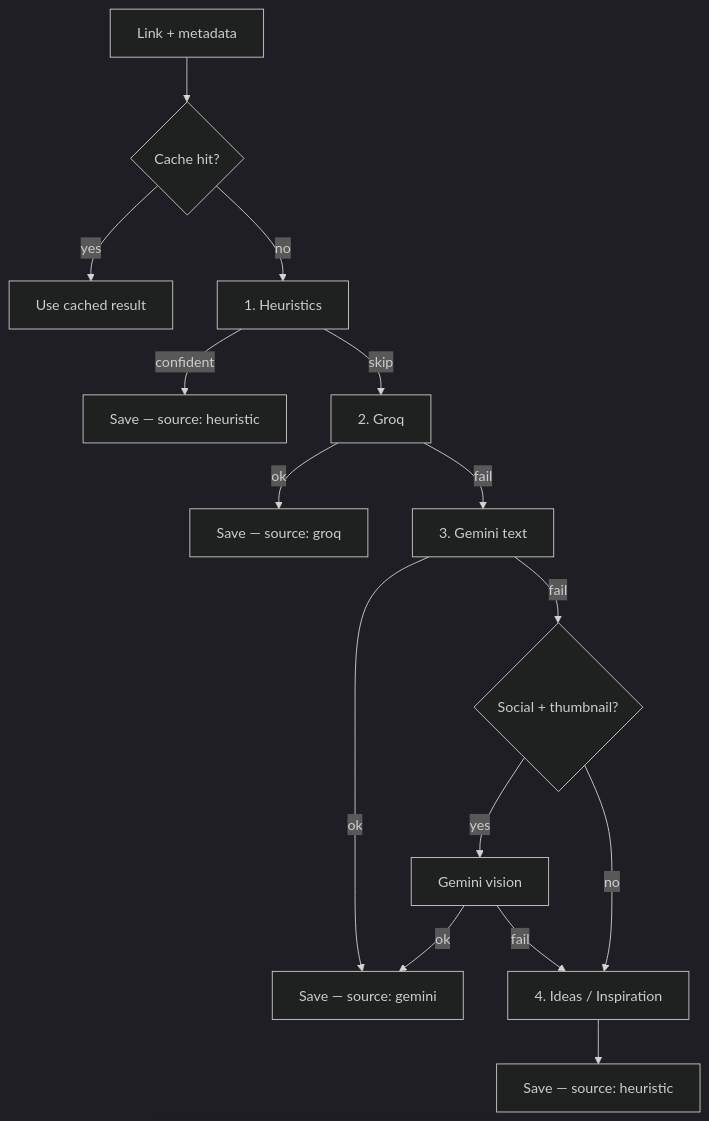
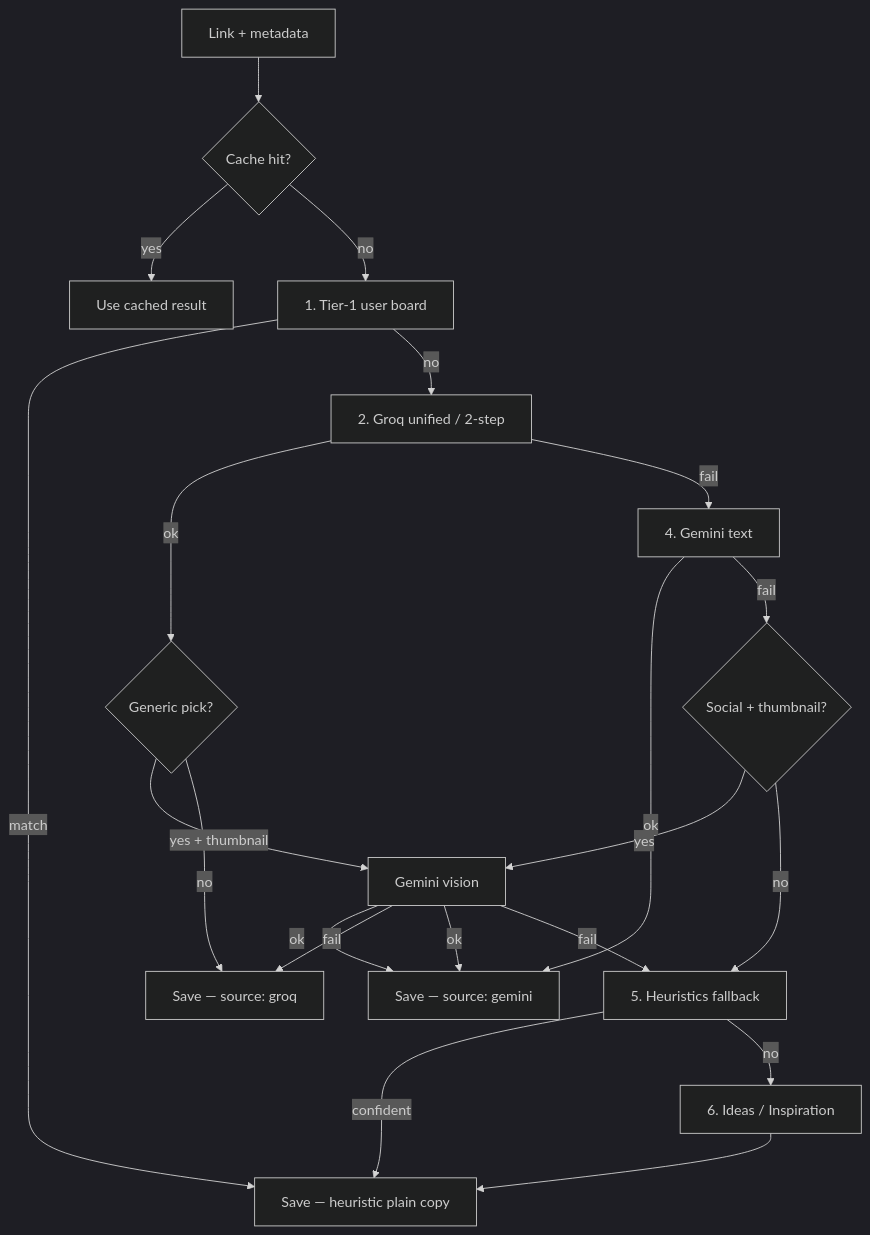
Before and after one commit to nachodele/Bookmark: the diagram in docs/CLASSIFICATION.md, drawn with Mermaid (dark theme). The commit also changed other lines of this file and 6 other files, not shown here.

````diff
--- a/docs/CLASSIFICATION.md
+++ b/docs/CLASSIFICATION.md
@@ -36,17 +38,23 @@
 ```mermaid
 flowchart TD
     A[Link + metadata] --> B{Cache hit?}
     B -->|yes| Z[Use cached result]
-    B -->|no| C[1. Heuristics]
-    C -->|confident| H[Save — source: heuristic]
-    C -->|skip| D[2. Groq]
-    D -->|ok| G[Save — source: groq]
-    D -->|fail| E[3. Gemini text]
-    E -->|ok| GM[Save — source: gemini]
-    E -->|fail| V{Social + thumbnail?}
+    B -->|no| T1[1. Tier-1 user board]
+    T1 -->|match| H[Save — heuristic plain copy]
+    T1 -->|no| G[2. Groq unified / 2-step]
+    G -->|ok| W{Generic pick?}
+    W -->|yes + thumbnail| EV[Gemini vision upgrade]
+    EV -->|ok| GM[Save — source: gemini]
+    W -->|no| GR[Save — source: groq]
+    EV -->|fail| GR
+    G -->|fail| GM3[4. Gemini text]
+    GM3 -->|ok| GM[Save — source: gemini]
+    GM3 -->|fail| V{Social + thumbnail?}
     V -->|yes| EV[Gemini vision]
     EV -->|ok| GM
-    V -->|no| F[4. Ideas / Inspiration]
-    EV -->|fail| F
-    F --> I[Save — source: heuristic]
+    V -->|no| HE[5. Heuristics fallback]
+    EV -->|fail| HE
+    HE -->|confident| H
+    HE -->|no| F[6. Ideas / Inspiration]
+    F --> H
 ```
````
